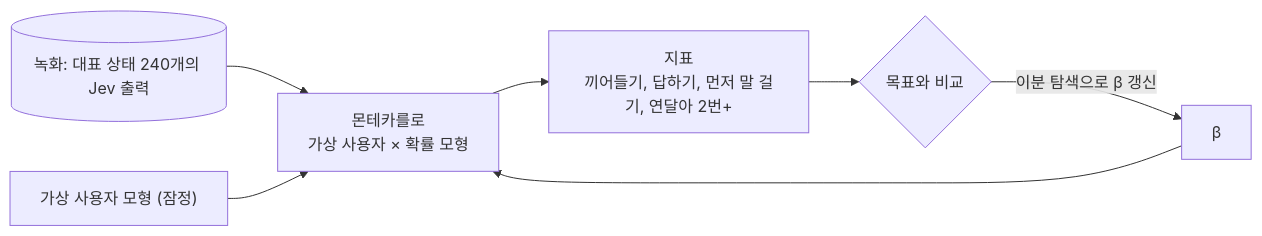
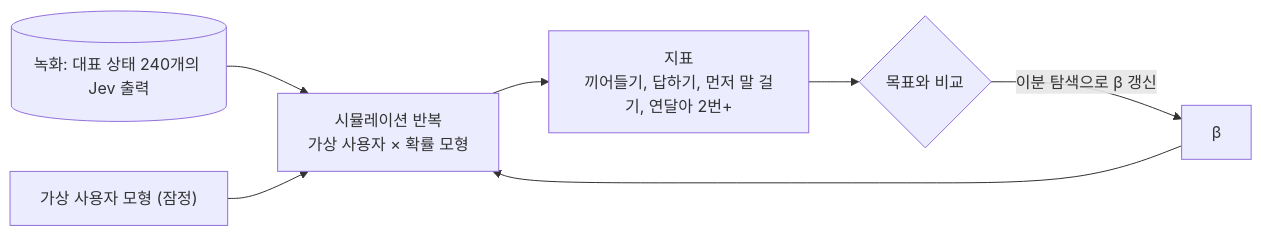
One commit to HEOSEONGILml/AssistantChatBot changed the tenth of 10 diagrams in ARCHITECTURE.md. Above: the diagram before and after it, drawn with Mermaid. The commit also changed other lines of this file and 13 other files, not shown here.

````diff
--- a/ARCHITECTURE.md
+++ b/ARCHITECTURE.md
@@ -412,9 +414,9 @@
 ```mermaid
 flowchart LR
-  REC[("녹화: 대표 상태 240개의 Jev 출력")] --> SIM["몬테카를로<br>가상 사용자 × 확률 모형"]
+  REC[("녹화: 대표 상태 240개의 Jev 출력")] --> SIM["시뮬레이션 반복<br>가상 사용자 × 확률 모형"]
   USR["가상 사용자 모형 (잠정)"] --> SIM
   BETA["β"] --> SIM
   SIM --> STAT["지표<br>끼어들기, 답하기, 먼저 말 걸기, 연달아 2번+"]
   STAT --> CMP{"목표와 비교"}
   CMP -->|"이분 탐색으로 β 갱신"| BETA
 ```
````
